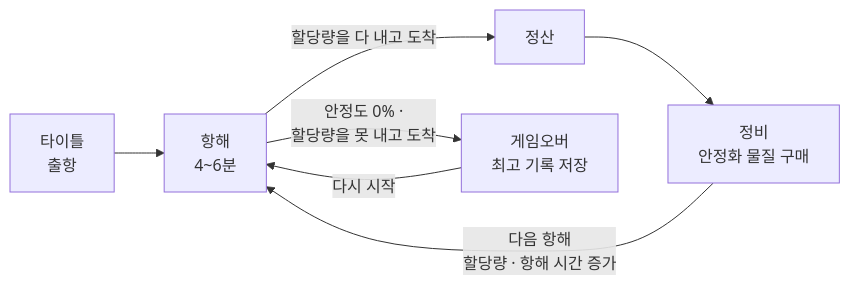
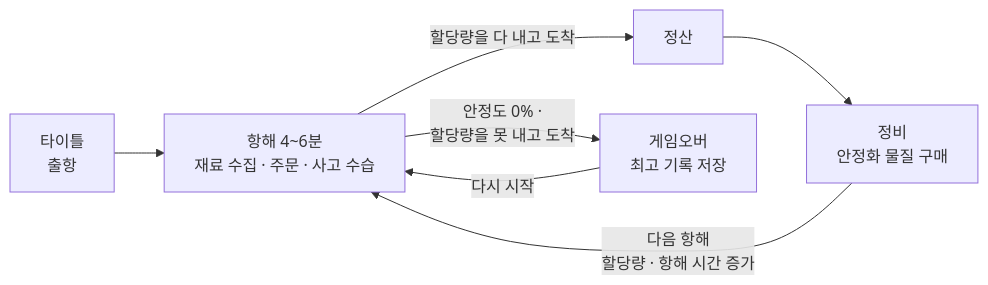
One commit to rlawlsdn77/portfolio changed the second of 9 diagrams in src/OverFixed/OverFixed_기술문서.md. Above: the diagram before and after it, drawn with Mermaid. The commit also changed other lines of this file, not shown here.

````diff
--- a/src/OverFixed/OverFixed_기술문서.md
+++ b/src/OverFixed/OverFixed_기술문서.md
@@ -76,9 +76,9 @@
 ```mermaid
 flowchart LR
-    T["타이틀<br/>출항"] --> V["항해<br/>4~6분"]
+    T["타이틀<br/>출항"] --> V["항해 4~6분<br/>재료 수집 · 주문 · 사고 수습"]
     V -->|"할당량을 다 내고 도착"| S["정산"]
     S --> P["정비<br/>안정화 물질 구매"]
     P -->|"다음 항해<br/>할당량 · 항해 시간 증가"| V
     V -->|"안정도 0% ·<br/>할당량을 못 내고 도착"| G["게임오버<br/>최고 기록 저장"]
     G -->|"다시 시작"| V
 ```
````
